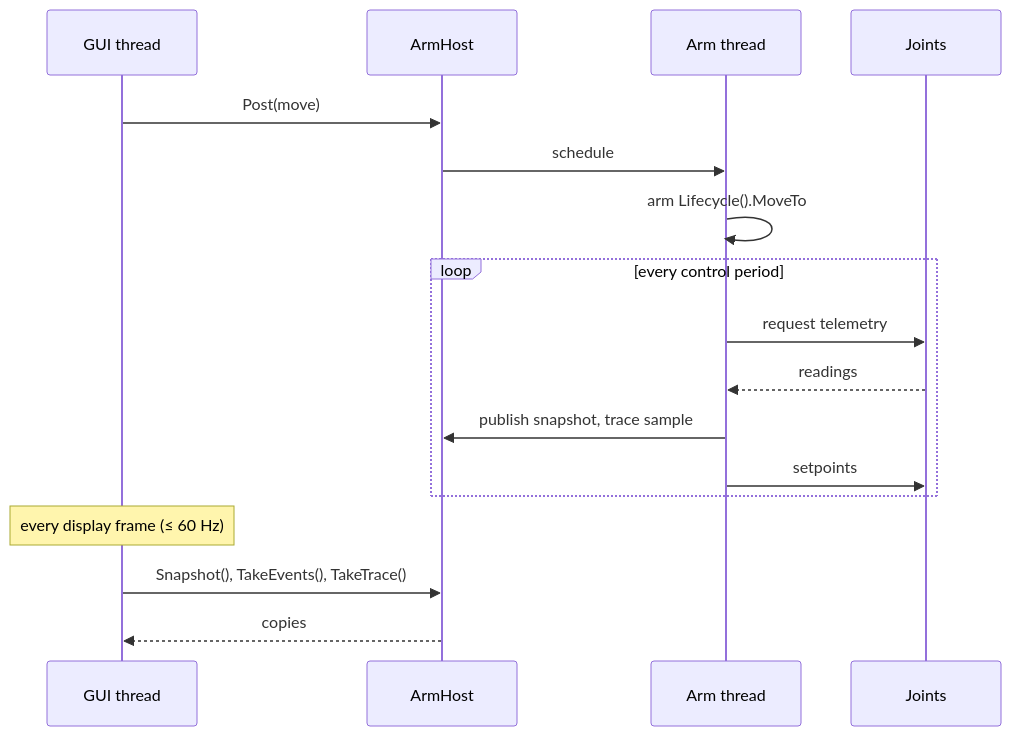
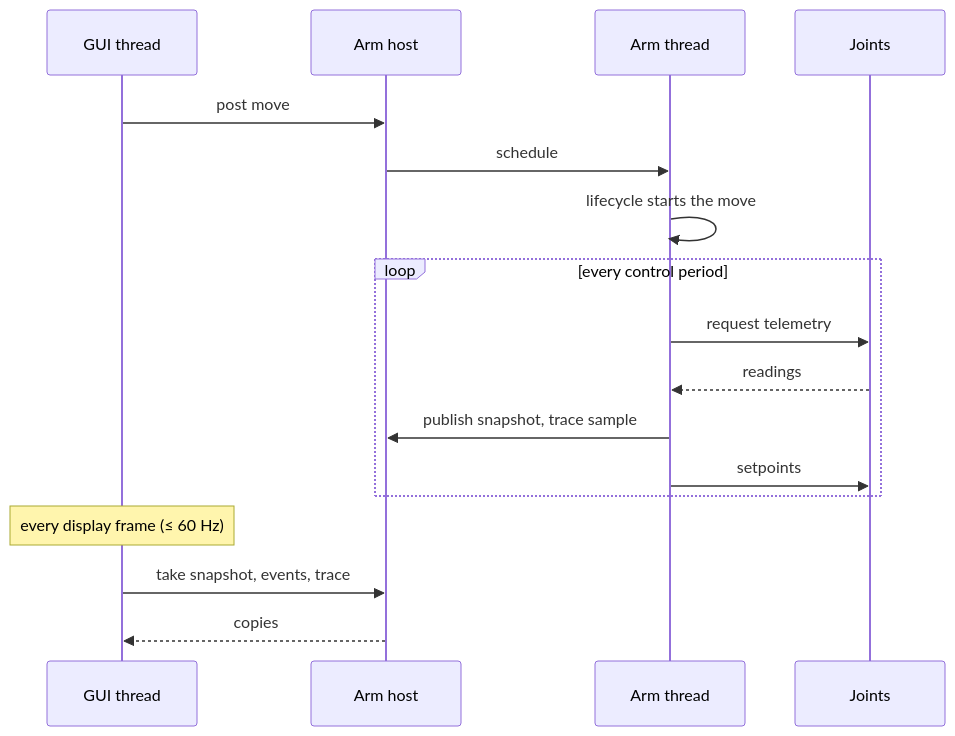
The second of 3 diagrams in documentation/design/simulator.md (embedded-pro/e-robot-arm), drawn with Mermaid before and after one commit. The commit also changed other lines of this file and 13 other files, not shown here.

````diff
--- a/documentation/design/simulator.md
+++ b/documentation/design/simulator.md
@@ -367,19 +406,19 @@
 ```mermaid
 sequenceDiagram
     participant G as GUI thread
-    participant H as ArmHost
+    participant H as Arm host
     participant A as Arm thread
     participant J as Joints
-    G->>H: Post(move)
+    G->>H: post move
     H->>A: schedule
-    A->>A: arm Lifecycle().MoveTo
+    A->>A: lifecycle starts the move
     loop every control period
         A->>J: request telemetry
         J-->>A: readings
         A->>H: publish snapshot, trace sample
         A->>J: setpoints
     end
     Note over G: every display frame (≤ 60 Hz)
-    G->>H: Snapshot(), TakeEvents(), TakeTrace()
+    G->>H: take snapshot, events, trace
     H-->>G: copies
 ```
````
